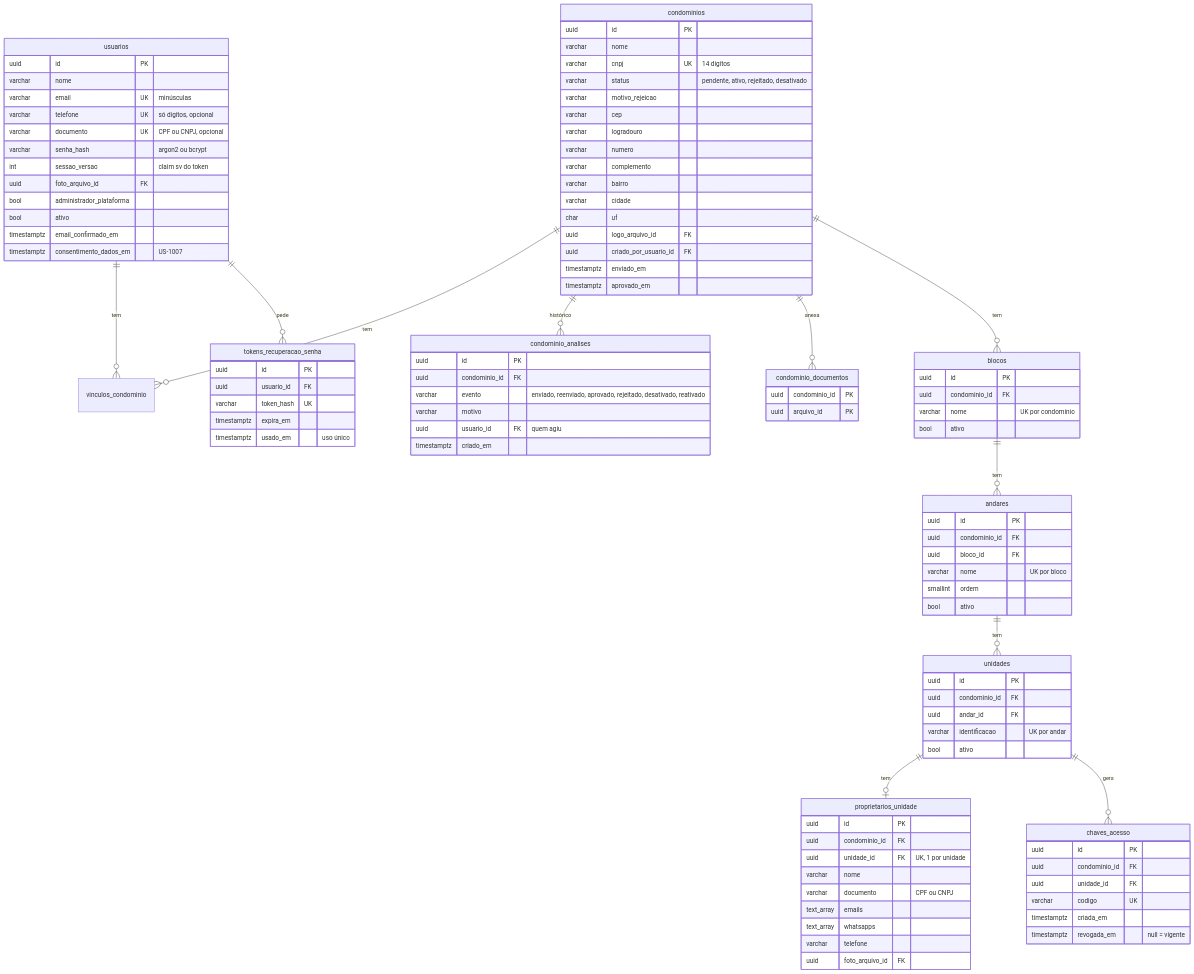
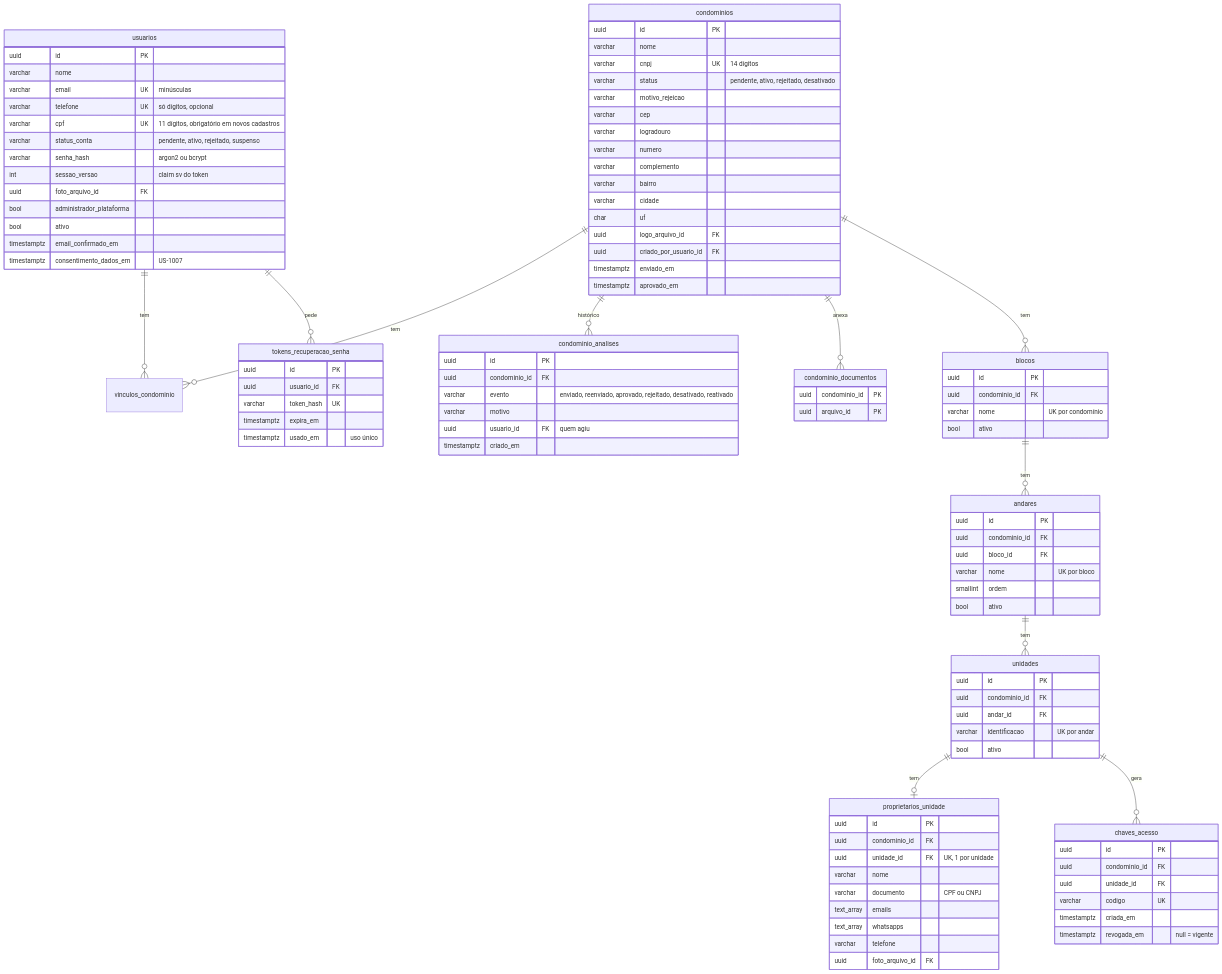
One commit to Eduardocin/sistema-gestao-condominios changed the first of 5 diagrams in docs/modelo-de-dados.md. Above: the diagram before and after it, drawn with Mermaid. The commit also changed other lines of this file and 50 other files, not shown here.

```diff
--- a/docs/modelo-de-dados.md
+++ b/docs/modelo-de-dados.md
@@ -57,7 +57,8 @@
         varchar nome
         varchar email UK "minúsculas"
         varchar telefone UK "só dígitos, opcional"
-        varchar documento UK "CPF ou CNPJ, opcional"
+        varchar cpf UK "11 dígitos, obrigatório em novos cadastros"
+        varchar status_conta "pendente, ativo, rejeitado, suspenso"
         varchar senha_hash "argon2 ou bcrypt"
         int sessao_versao "claim sv do token"
         uuid foto_arquivo_id FK
```
